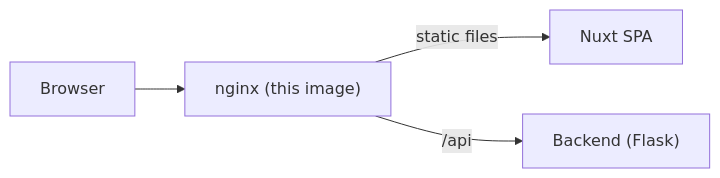
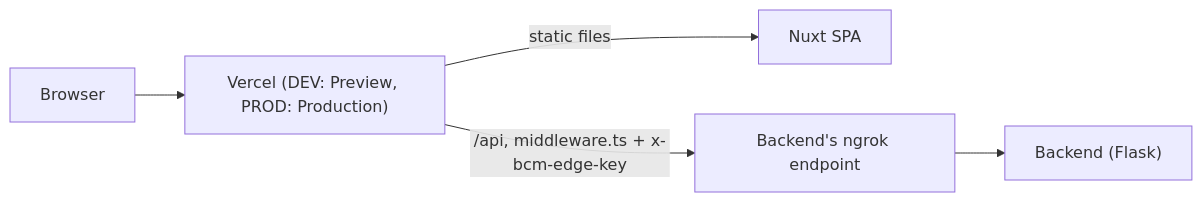
One commit to Alan-Alkalifa/FE-BCMTOOLS changed the diagram in README.md. Above: the diagram before and after it, drawn with Mermaid. The commit also changed other lines of this file and 1 other file, not shown here.

````diff
--- a/README.md
+++ b/README.md
@@ -45,6 +45,7 @@
 ```mermaid
 flowchart LR
-    Browser --> N["nginx (this image)"]
-    N -->|"static files"| SPA["Nuxt SPA"]
-    N -->|"/api"| API["Backend (Flask)"]
+    Browser --> V["Vercel (DEV: Preview, PROD: Production)"]
+    V -->|"static files"| SPA["Nuxt SPA"]
+    V -->|"/api, middleware.ts + x-bcm-edge-key"| NG["Backend's ngrok endpoint"]
+    NG --> API["Backend (Flask)"]
 ```
````
